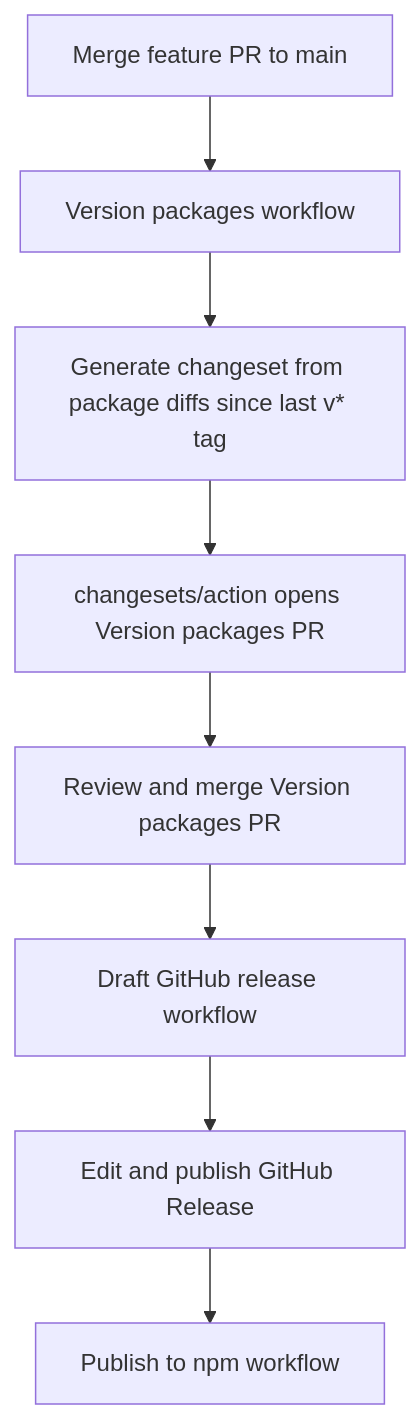
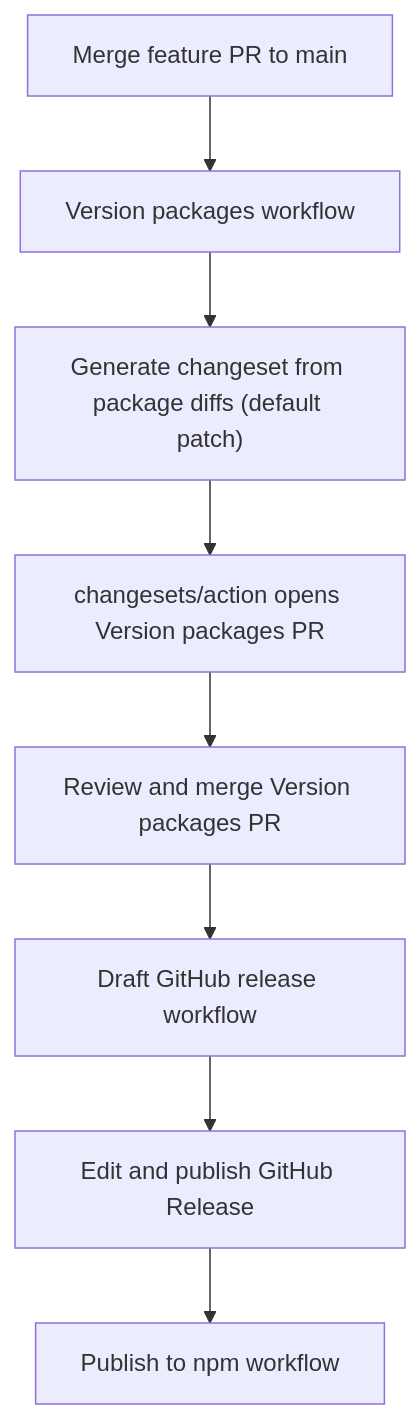
One commit to decodedcreative/jigsaw changed the diagram in docs/publication.md. Above: the diagram before and after it, drawn with Mermaid. The commit also changed other lines of this file and 7 other files, not shown here.

````diff
--- a/docs/publication.md
+++ b/docs/publication.md
@@ -43,10 +43,10 @@
 ```mermaid
 flowchart TD
   A[Merge feature PR to main] --> B[Version packages workflow]
-  B --> C[Generate changeset from package diffs since last v* tag]
+  B --> C["Generate changeset from package diffs (default patch)"]
   C --> D[changesets/action opens Version packages PR]
   D --> E[Review and merge Version packages PR]
   E --> F[Draft GitHub release workflow]
   F --> G[Edit and publish GitHub Release]
   G --> H[Publish to npm workflow]
 ```
````
